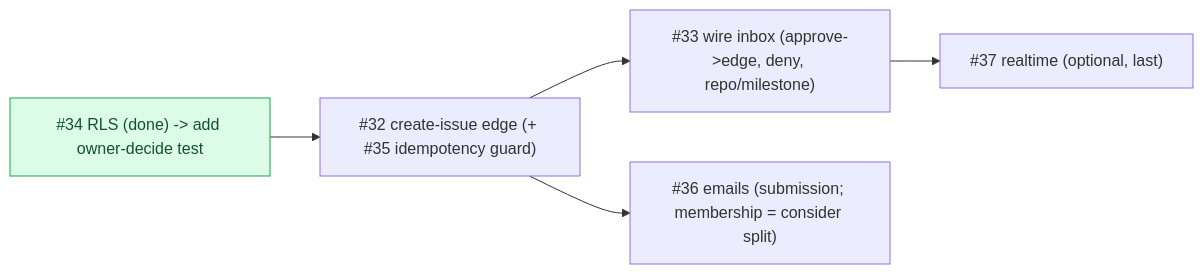
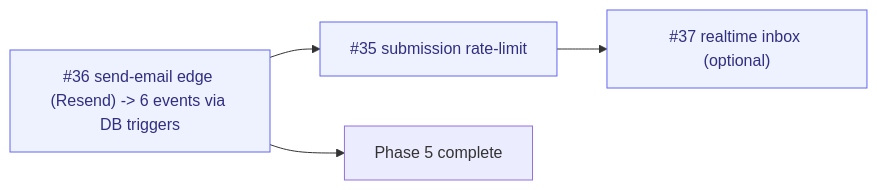
One commit to zestones/vista changed the diagram in docs/audits/milestone-Phase 5 - Write-back & moderation-audit.md. Above: the diagram before and after it, drawn with Mermaid. The commit also changed other lines of this file and 11 other files, not shown here.

````diff
--- a/docs/audits/milestone-Phase 5 - Write-back & moderation-audit.md
+++ b/docs/audits/milestone-Phase 5 - Write-back & moderation-audit.md
@@ -60,8 +46,8 @@
 ```mermaid
 flowchart LR
-  S34["#34 RLS (done) -> add owner-decide test"]:::done --> C32["#32 create-issue edge (+ #35 idempotency guard)"]
-  C32 --> W33["#33 wire inbox (approve->edge, deny, repo/milestone)"]
-  C32 --> E36["#36 emails (submission; membership = consider split)"]
-  W33 --> R37["#37 realtime (optional, last)"]
-  classDef done fill:#dcfce7,stroke:#16a34a,color:#14532d;
+  E["#36 send-email edge (Resend) -> 6 events via DB triggers"] --> R["#35 submission rate-limit"]
+  R --> RT["#37 realtime inbox (optional)"]
+  E --> Done["Phase 5 complete"]
+  classDef x fill:#eef2ff,stroke:#6366f1,color:#312e81;
+  class E,R,RT x;
 ```
````
